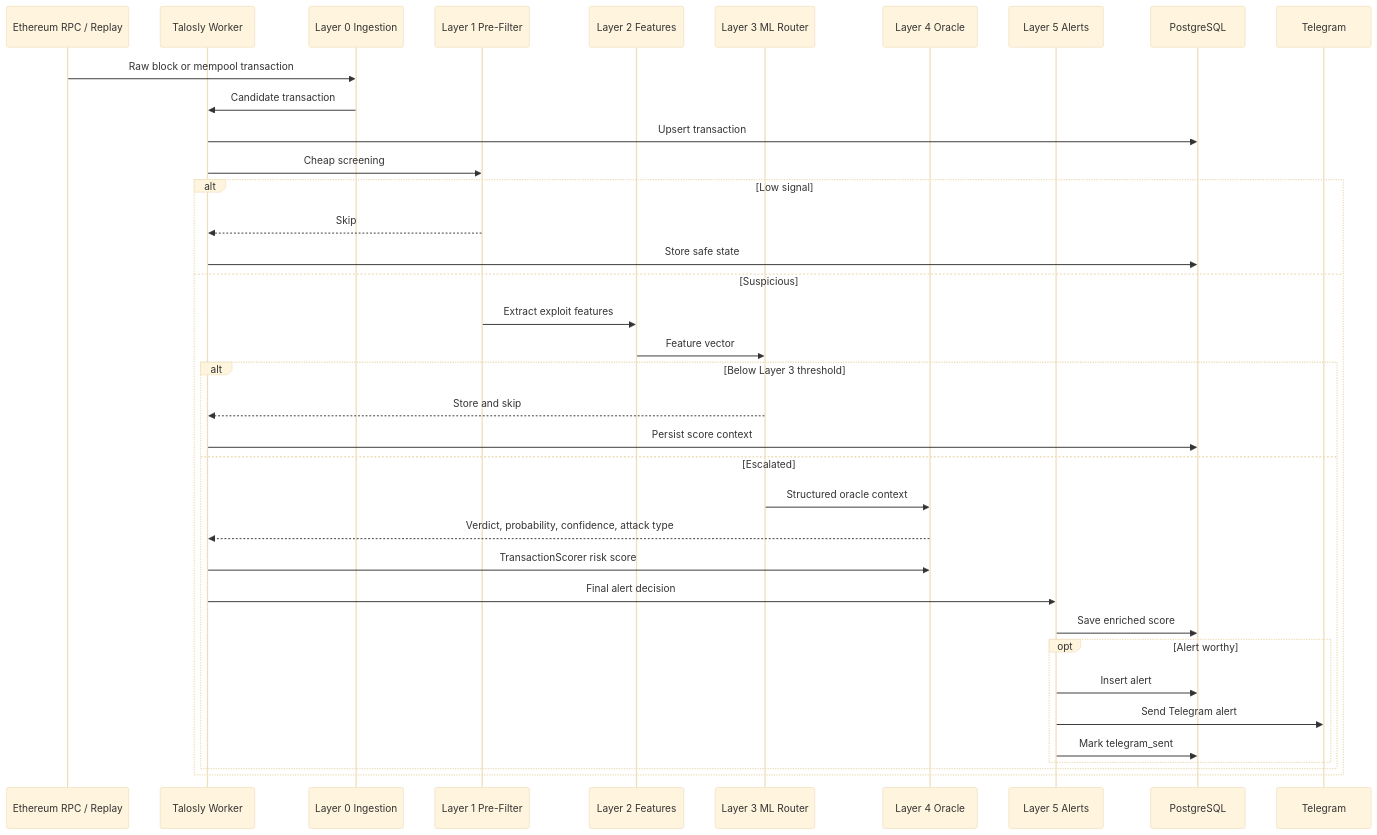
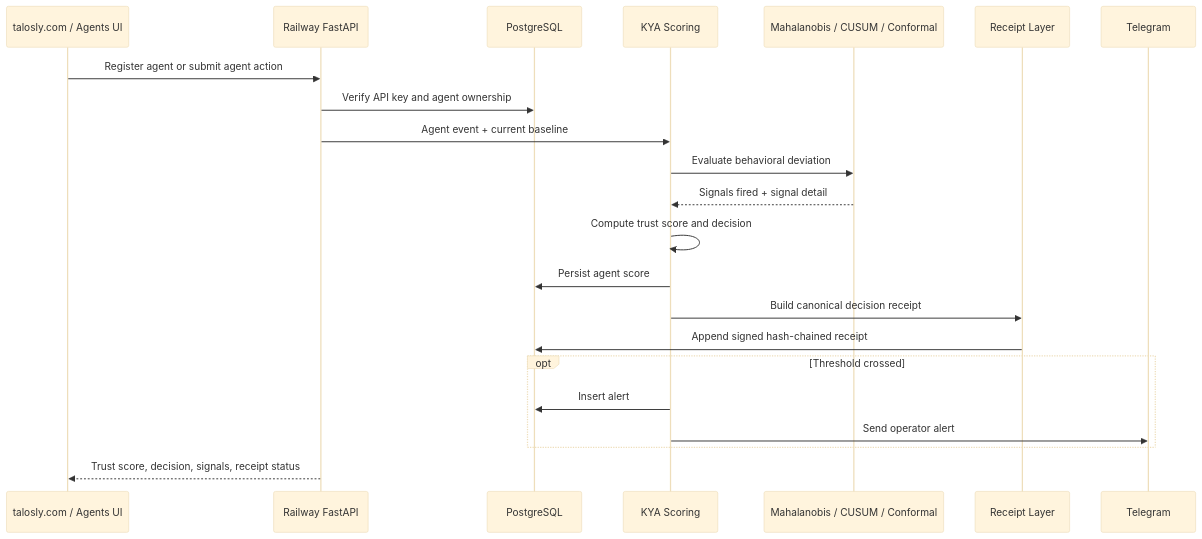
The second of 7 diagrams in README.md (hasansazly/Talosly-startup), drawn with Mermaid (base theme) before and after one commit. The commit also changed other lines of this file, not shown here.

Commit message:
Update README for agent trust product

````diff
--- a/README.md
+++ b/README.md
@@ -117,40 +121,25 @@
 ```mermaid
 sequenceDiagram
-  participant Chain as Ethereum RPC / Replay
-  participant Worker as Talosly Worker
-  participant L0 as Layer 0 Ingestion
-  participant L1 as Layer 1 Pre-Filter
-  participant L2 as Layer 2 Features
-  participant L3 as Layer 3 ML Router
-  participant L4 as Layer 4 Oracle
-  participant L5 as Layer 5 Alerts
+  participant UI as talosly.com / Agents UI
+  participant API as Railway FastAPI
   participant DB as PostgreSQL
+  participant KYA as KYA Scoring
+  participant Signals as Mahalanobis / CUSUM / Conformal
+  participant Receipt as Receipt Layer
   participant TG as Telegram
 
-  Chain->>L0: Raw block or mempool transaction
-  L0->>Worker: Candidate transaction
-  Worker->>DB: Upsert transaction
-  Worker->>L1: Cheap screening
-  alt Low signal
-    L1-->>Worker: Skip
-    Worker->>DB: Store safe state
-  else Suspicious
-    L1->>L2: Extract exploit features
-    L2->>L3: Feature vector
-    alt Below Layer 3 threshold
-      L3-->>Worker: Store and skip
-      Worker->>DB: Persist score context
-    else Escalated
-      L3->>L4: Structured oracle context
-      L4-->>Worker: Verdict, probability, confidence, attack type
-      Worker->>L4: TransactionScorer risk score
-      Worker->>L5: Final alert decision
-      L5->>DB: Save enriched score
-      opt Alert worthy
-        L5->>DB: Insert alert
-        L5->>TG: Send Telegram alert
-        L5->>DB: Mark telegram_sent
-      end
-    end
+  UI->>API: Register agent or submit agent action
+  API->>DB: Verify API key and agent ownership
+  API->>KYA: Agent event + current baseline
+  KYA->>Signals: Evaluate behavioral deviation
+  Signals-->>KYA: Signals fired + signal detail
+  KYA->>KYA: Compute trust score and decision
+  KYA->>DB: Persist agent score
+  KYA->>Receipt: Build canonical decision receipt
+  Receipt->>DB: Append signed hash-chained receipt
+  opt Threshold crossed
+    KYA->>DB: Insert alert
+    KYA->>TG: Send operator alert
   end
+  API-->>UI: Trust score, decision, signals, receipt status
 ```
````
